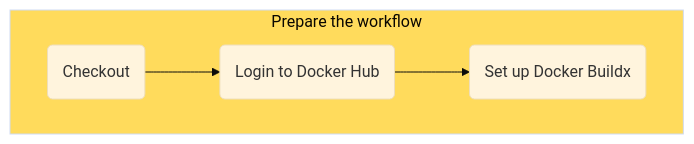
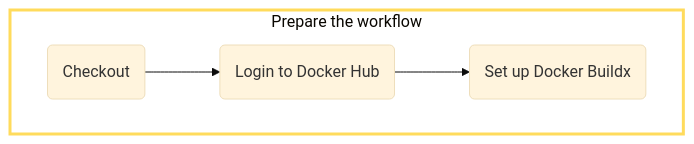
Before and after one commit to DevOps-2024-group-p/maxitwit: the seventh of 10 diagrams in report/report.md, drawn with Mermaid (base theme). The commit also changed other lines of this file and 1 other file, not shown here.

````diff
--- a/report/report.md
+++ b/report/report.md
@@ -219,9 +220,10 @@
 ```mermaid
+
 flowchart TB
     subgraph P["Prepare the workflow"]
         id0("Checkout")-->id1("Login to Docker Hub")
         id1-->id2("Set up Docker Buildx") 
     end
     
-    style P fill:#FFDB5C
+    style P stroke:#FFDB5C, stroke-width:3px, fill:#FFFFFF
 ```
````
